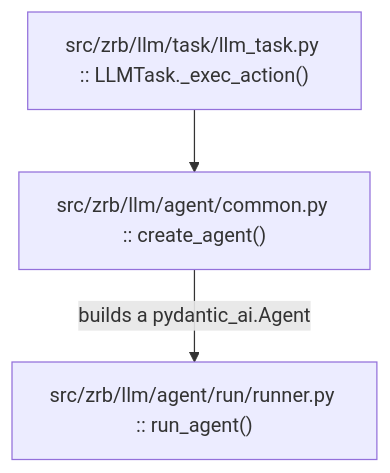
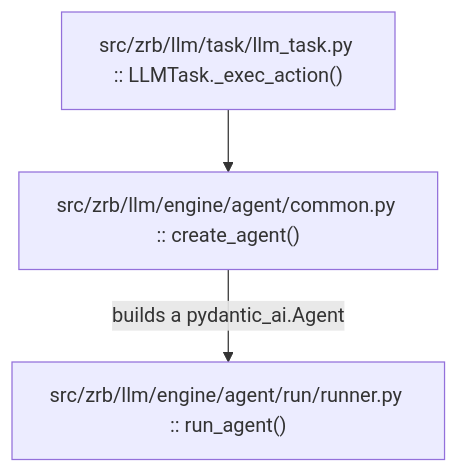
Before and after one commit to state-alchemists/zrb: the fourth of 7 diagrams in docs/llm/llm-chat-lifecycle.md, drawn with Mermaid. The commit also changed other lines of this file and 397 other files, not shown here.

````diff
--- a/docs/llm/llm-chat-lifecycle.md
+++ b/docs/llm/llm-chat-lifecycle.md
@@ -78,5 +78,5 @@
 ```mermaid
 flowchart TD
-    Inner["src/zrb/llm/task/llm_task.py :: LLMTask._exec_action()"] --> Create["src/zrb/llm/agent/common.py :: create_agent()"]
-    Create -->|"builds a pydantic_ai.Agent"| RunAgent["src/zrb/llm/agent/run/runner.py :: run_agent()"]
+    Inner["src/zrb/llm/task/llm_task.py :: LLMTask._exec_action()"] --> Create["src/zrb/llm/engine/agent/common.py :: create_agent()"]
+    Create -->|"builds a pydantic_ai.Agent"| RunAgent["src/zrb/llm/engine/agent/run/runner.py :: run_agent()"]
 ```
````
